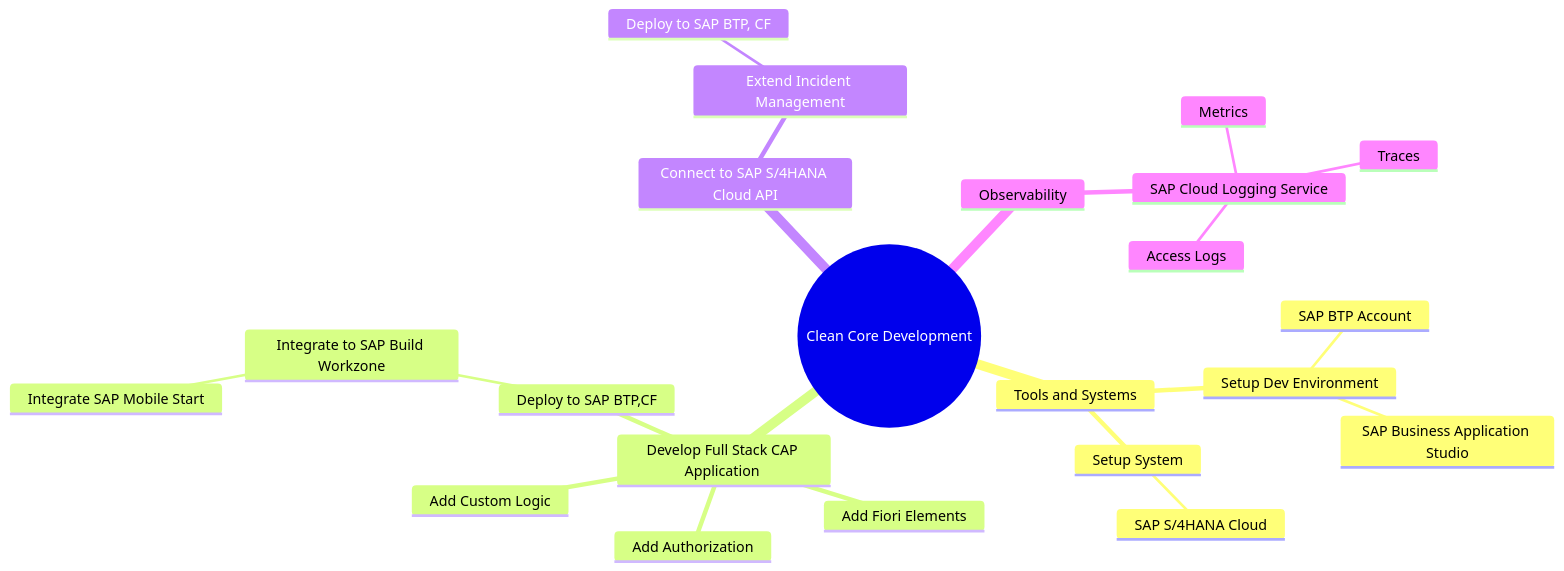
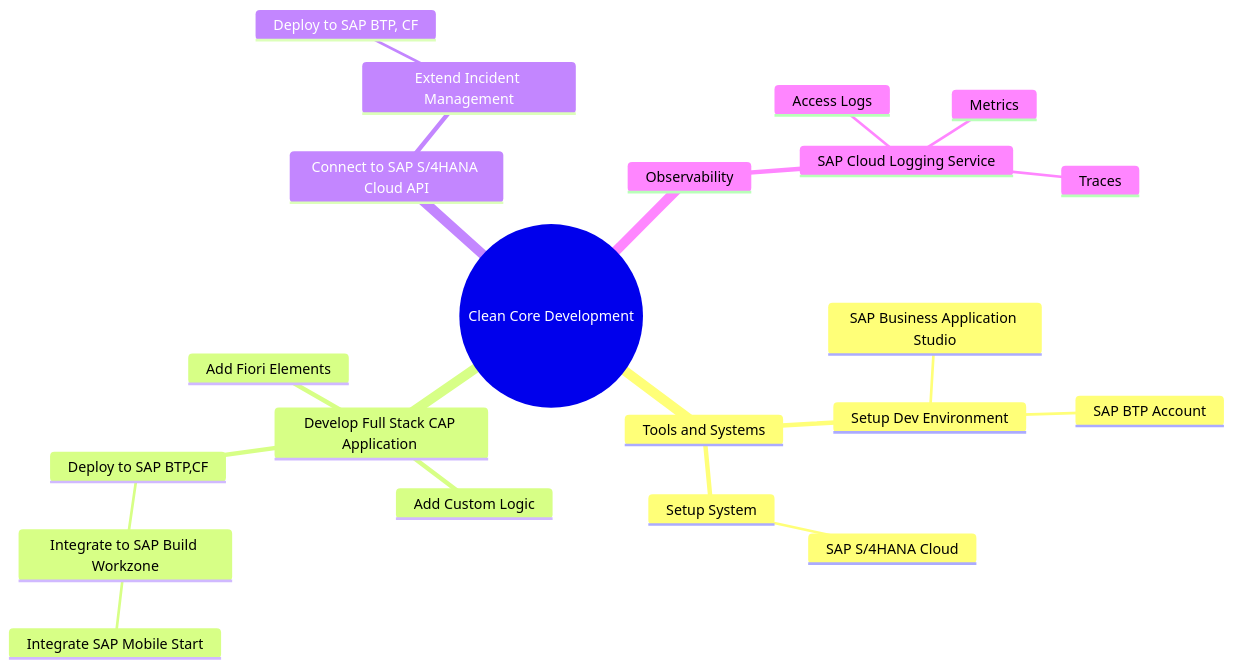
The diagram in topic3/README.md (SAP-samples/btp-end-to-end-scenario-use-cases), drawn with Mermaid before and after one commit. The commit also changed 2 other files, not shown here.

Commit message:
update fiori chapter

````diff
--- a/topic3/README.md
+++ b/topic3/README.md
@@ -9,25 +9,24 @@
 ```mermaid
    mindmap
   root((Clean Core Development))
     Tools and Systems
       Setup Dev Environment
         SAP BTP Account
         SAP Business Application Studio
       Setup System   
         SAP S/4HANA Cloud
     Develop Full Stack CAP Application 
       Add Custom Logic
       Add Fiori Elements
-      Add Authorization
       Deploy to SAP BTP,CF
         Integrate to SAP Build Workzone
           Integrate SAP Mobile Start
     Connect to SAP S/4HANA Cloud API
       Extend Incident Management
         Deploy to SAP BTP, CF
     Observability
       SAP Cloud Logging Service
         Access Logs
         Metrics
         Traces
 ```
````
